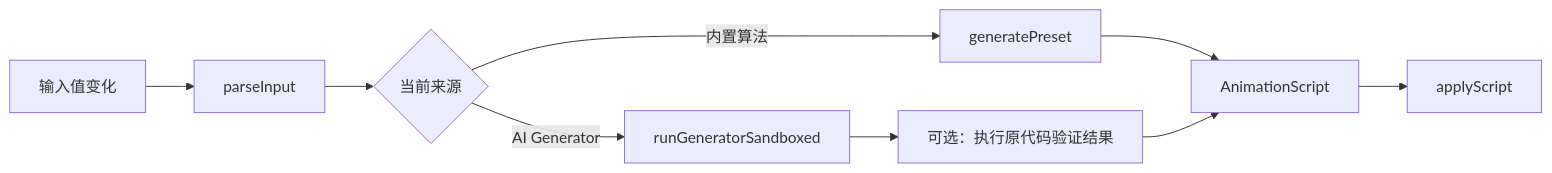
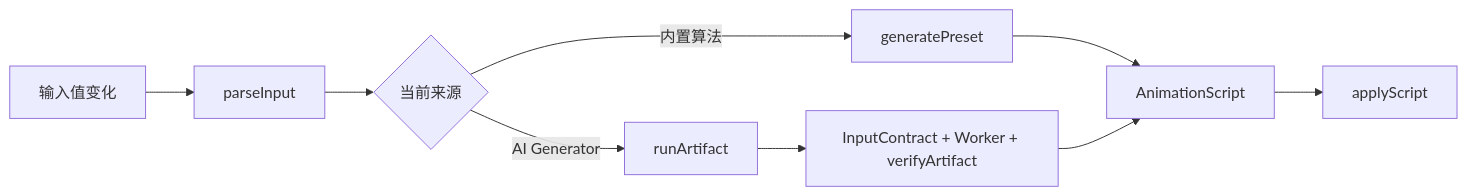
Before and after one commit to 1123074811/AlgoViz: the second of 3 diagrams in docs/architecture/README.md, drawn with Mermaid. The commit also changed other lines of this file, not shown here.

Commit message:
docs(architecture): 标记阶段二至四完成

````diff
--- a/docs/architecture/README.md
+++ b/docs/architecture/README.md
@@ -85,11 +86,11 @@
 ```mermaid
 flowchart LR
     A["输入值变化"] --> B["parseInput"]
     B --> C{"当前来源"}
     C -->|"内置算法"| D["generatePreset"]
-    C -->|"AI Generator"| E["runGeneratorSandboxed"]
-    E --> F["可选：执行原代码验证结果"]
+    C -->|"AI Generator"| E["runArtifact"]
+    E --> F["InputContract + Worker + verifyArtifact"]
     D --> G["AnimationScript"]
     F --> G
     G --> H["applyScript"]
 ```
````
